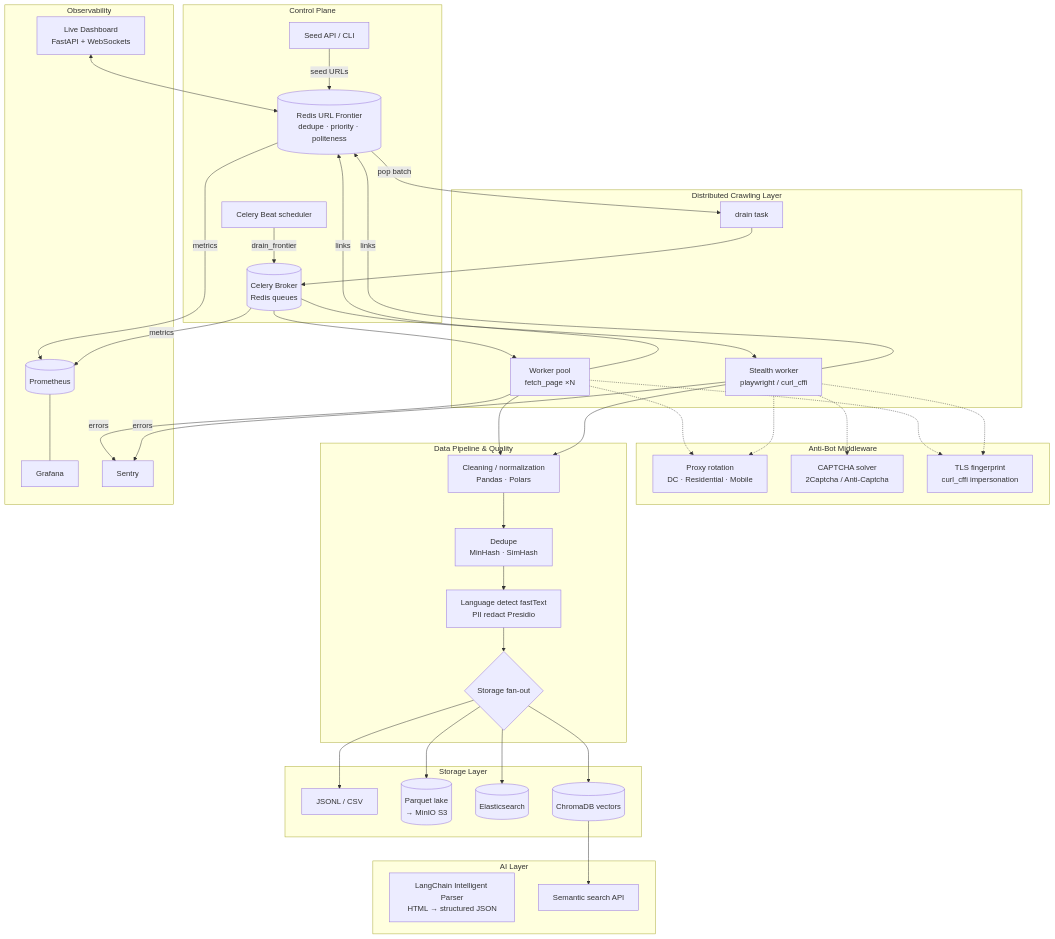
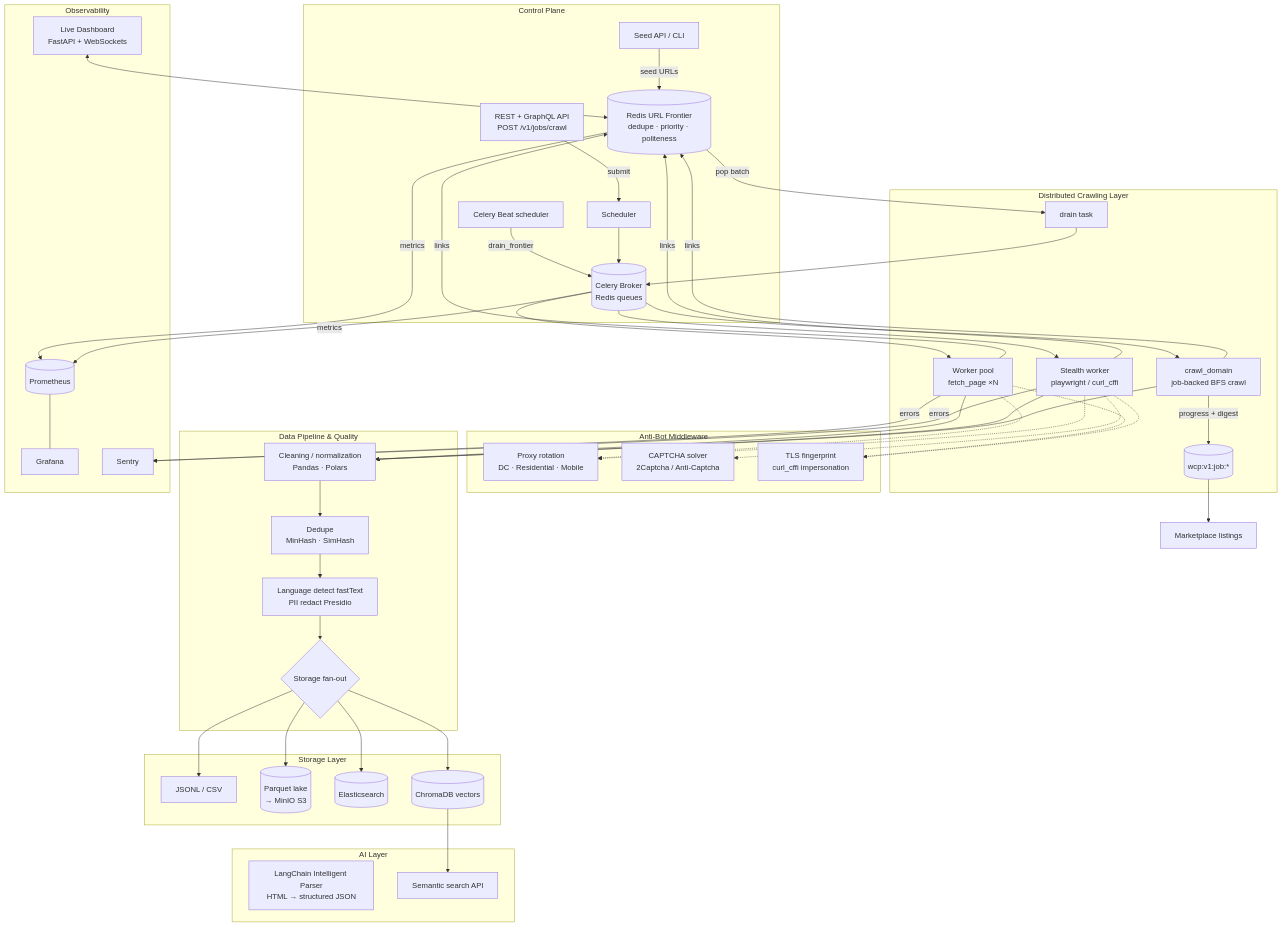
Before and after one commit to QuamLepus/web-crawler-pro: the diagram in README.md, drawn with Mermaid. The commit also changed other lines of this file, not shown here.

````diff
--- a/README.md
+++ b/README.md
@@ -33,54 +46,59 @@
 ```mermaid
 flowchart TB
     subgraph Control["Control Plane"]
         SEED[Seed API / CLI] -->|seed URLs| FR
         BEAT[Celery Beat scheduler] -->|drain_frontier| BROKER
+        API[REST + GraphQL API<br/>POST /v1/jobs/crawl] -->|submit| SCHED[Scheduler]
+        SCHED --> BROKER
     end
 
     subgraph Dist["Distributed Crawling Layer"]
         FR[(Redis URL Frontier<br/>dedupe · priority · politeness)]
         BROKER[(Celery Broker<br/>Redis queues)]
         FR -->|pop batch| W0[drain task]
         W0 --> BROKER
         BROKER --> W1[Worker pool<br/>fetch_page ×N]
         BROKER --> W2[Stealth worker<br/>playwright / curl_cffi]
-        W1 & W2 -->|links| FR
+        BROKER --> W3[crawl_domain<br/>job-backed BFS crawl]
+        W1 & W2 & W3 -->|links| FR
+        W3 -->|progress + digest| JOB[("wcp:v1:job:*")]
     end
 
     subgraph Anti["Anti-Bot Middleware"]
         PX[Proxy rotation<br/>DC · Residential · Mobile]
         CAP[CAPTCHA solver<br/>2Captcha / Anti-Captcha]
         TLS[TLS fingerprint<br/>curl_cffi impersonation]
     end
     W1 -.-> PX & TLS
     W2 -.-> PX & CAP & TLS
 
     subgraph Pipe["Data Pipeline & Quality"]
-        W1 & W2 --> CLN[Cleaning / normalization<br/>Pandas · Polars]
+        W1 & W2 & W3 --> CLN[Cleaning / normalization<br/>Pandas · Polars]
         CLN --> DEDUP[Dedupe<br/>MinHash · SimHash]
         DEDUP --> LANG[Language detect fastText<br/>PII redact Presidio]
         LANG --> ST{Storage fan-out}
     end
 
     subgraph Store["Storage Layer"]
         ST --> JS[JSONL / CSV]
         ST --> PQ[(Parquet lake<br/>→ MinIO S3)]
         ST --> ES[(Elasticsearch)]
         ST --> VEC[(ChromaDB vectors)]
     end
 
     subgraph AI["AI Layer"]
         LLM[LangChain Intelligent Parser<br/>HTML → structured JSON]
         SEM[Semantic search API]
         VEC --> SEM
     end
 
     subgraph Obs["Observability"]
         PROM[(Prometheus)] --- GRAF[Grafana]
         SENTRY[Sentry]
         DASH[Live Dashboard<br/>FastAPI + WebSockets]
     end
     FR & BROKER -->|metrics| PROM
     W1 & W2 -->|errors| SENTRY
     DASH <--> FR
+    JOB --> MKT[Marketplace listings]
 ```
````
